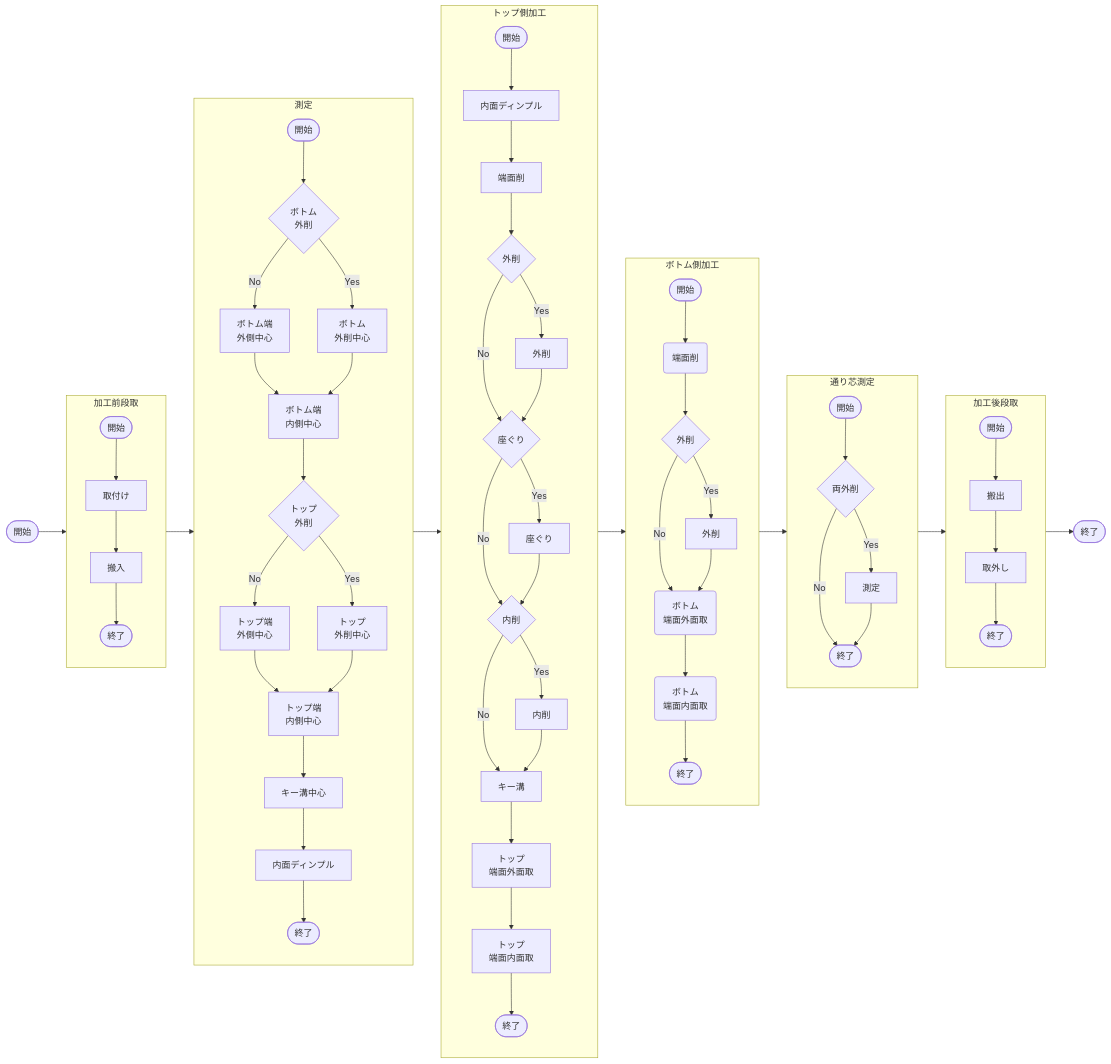
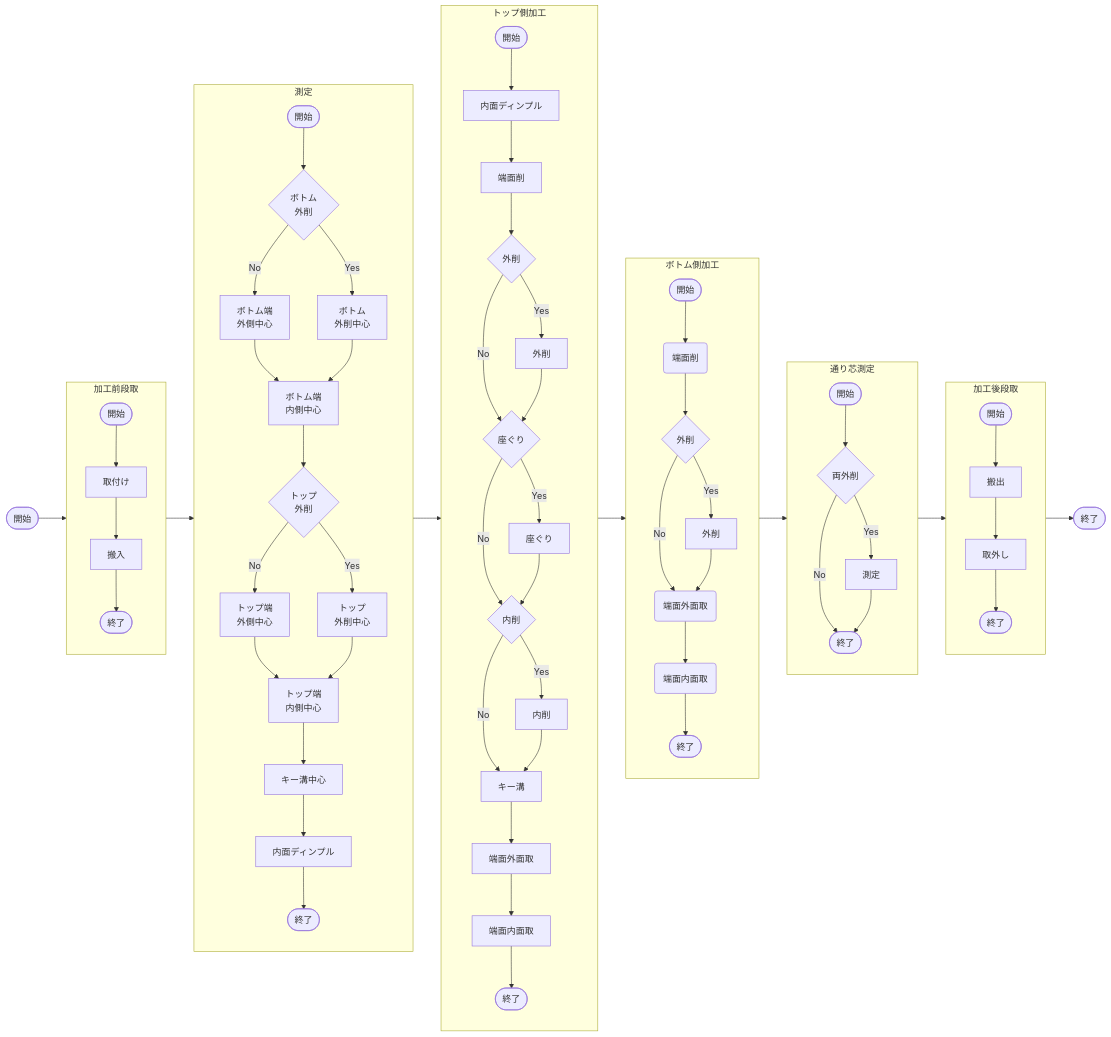
One commit to mojimould/mould_moji changed the diagram in RfCPN/RfCPN_a1_includefiles/RfCPN_2_pictures/RfCPN_p03_pictures/Milling_flow_chart.md. Above: the diagram before and after it, drawn with Mermaid.

````diff
--- a/RfCPN/RfCPN_a1_includefiles/RfCPN_2_pictures/RfCPN_p03_pictures/Milling_flow_chart.md
+++ b/RfCPN/RfCPN_a1_includefiles/RfCPN_2_pictures/RfCPN_p03_pictures/Milling_flow_chart.md
@@ -1,73 +1,73 @@
 ```mermaid
 graph LR
     A0([開始]) --> Group1
     subgraph Group1[加工前段取]
         direction TB
         A1([開始]) --> A2
         A2[取付け] --> A3[搬入]
         A3 --> A4([終了])
     end
     Group1 --> Group2
     subgraph Group2[測定]
         direction TB
         B1([開始]) --> B2{ボトム\n外削}
         B2 -->|No| B31
         B2 -->|Yes| B32
         B31[ボトム端\n 外側中心] --> B4
         B32[ボトム\n 外削中心] --> B4
         B4[ボトム端\n 内側中心] --> B5{トップ\n外削}
         B5 -->|No| B61[トップ端\n 外側中心]
         B5 -->|Yes| B62[トップ\n 外削中心]
         B61 --> B7
         B62 --> B7
         B7[トップ端\n 内側中心] --> B8
         B8[キー溝中心] --> B9
         B9[内面ディンプル] --> B10([終了])
     end
     Group2 --> Group3
     subgraph Group3[トップ側加工]
         direction TB
         C1([開始]) --> C2
         C2[内面ディンプル] --> C3
         C3[端面削] --> C4{外削}
         C4 -->|Yes| C5
         C4 -->|No| C6
         C5[外削] --> C6{座ぐり}
         C6 -->|Yes| C7
         C6 -->|No| C8
         C7[座ぐり] --> C8{内削}
         C8 -->|Yes| C9
         C8 -->|No| C10
         C9[内削] --> C10
         C10[キー溝] --> C11
-        C11[トップ\n端面外面取] --> C12
-        C12[トップ\n端面内面取] --> C13([終了])
+        C11[端面外面取] --> C12
+        C12[端面内面取] --> C13([終了])
     end
     Group3 --> Group4
     subgraph Group4[ボトム側加工]
         direction TB
         D1([開始]) --> D2
         D2(端面削) --> D3{外削}
         D3 -->|Yes| D4
         D3 -->|No| D5
         D4[外削] --> D5
-        D5(ボトム\n端面外面取) --> D6
-        D6(ボトム\n端面内面取) --> D7([終了])
+        D5(端面外面取) --> D6
+        D6(端面内面取) --> D7([終了])
     end
     Group4 --> Group5
     subgraph Group5[通り芯測定]
         direction TB
         E1([開始]) --> E2{両外削}
         E2 -->|Yes| E3[測定]
         E2 -->|No| E4
         E3 --> E4([終了])
     end
     Group5 --> Group6
     subgraph Group6[加工後段取]
         direction TB
         G1([開始]) --> G2
         G2[搬出] --> G3
         G3[取外し] --> G4([終了])
     end
     Group6 --> H1([終了])
 ```
````
